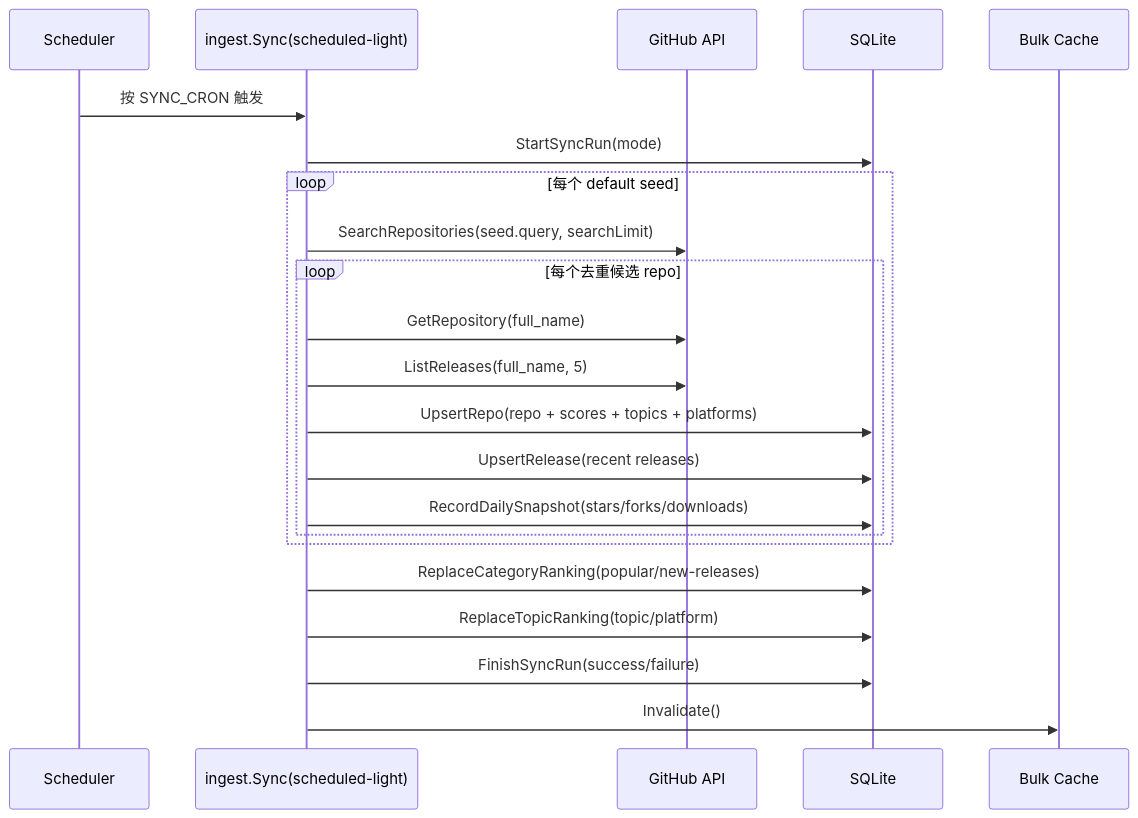
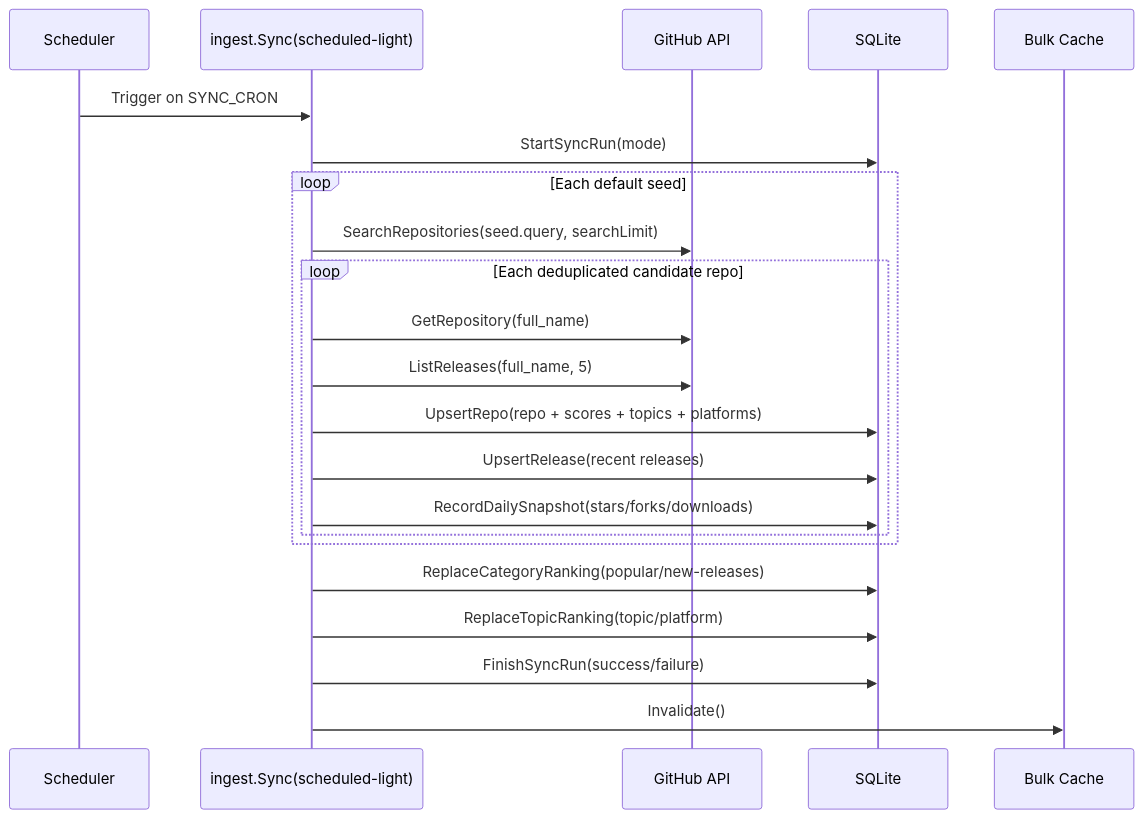
The first of 2 diagrams in README.md (starcat-app/starcat-discovery-api), drawn with Mermaid before and after one commit. The commit also changed other lines of this file, not shown here.

````diff
--- a/README.md
+++ b/README.md
@@ -118,25 +118,25 @@
 ```mermaid
 sequenceDiagram
     participant Scheduler as Scheduler
     participant Ingest as ingest.Sync(scheduled-light)
     participant GitHub as GitHub API
     participant SQLite as SQLite
     participant BulkCache as Bulk Cache
 
-    Scheduler->>Ingest: 按 SYNC_CRON 触发
+    Scheduler->>Ingest: Trigger on SYNC_CRON
     Ingest->>SQLite: StartSyncRun(mode)
-    loop 每个 default seed
+    loop Each default seed
         Ingest->>GitHub: SearchRepositories(seed.query, searchLimit)
-        loop 每个去重候选 repo
+        loop Each deduplicated candidate repo
             Ingest->>GitHub: GetRepository(full_name)
             Ingest->>GitHub: ListReleases(full_name, 5)
             Ingest->>SQLite: UpsertRepo(repo + scores + topics + platforms)
             Ingest->>SQLite: UpsertRelease(recent releases)
             Ingest->>SQLite: RecordDailySnapshot(stars/forks/downloads)
         end
     end
     Ingest->>SQLite: ReplaceCategoryRanking(popular/new-releases)
     Ingest->>SQLite: ReplaceTopicRanking(topic/platform)
     Ingest->>SQLite: FinishSyncRun(success/failure)
     Ingest->>BulkCache: Invalidate()
 ```
````
